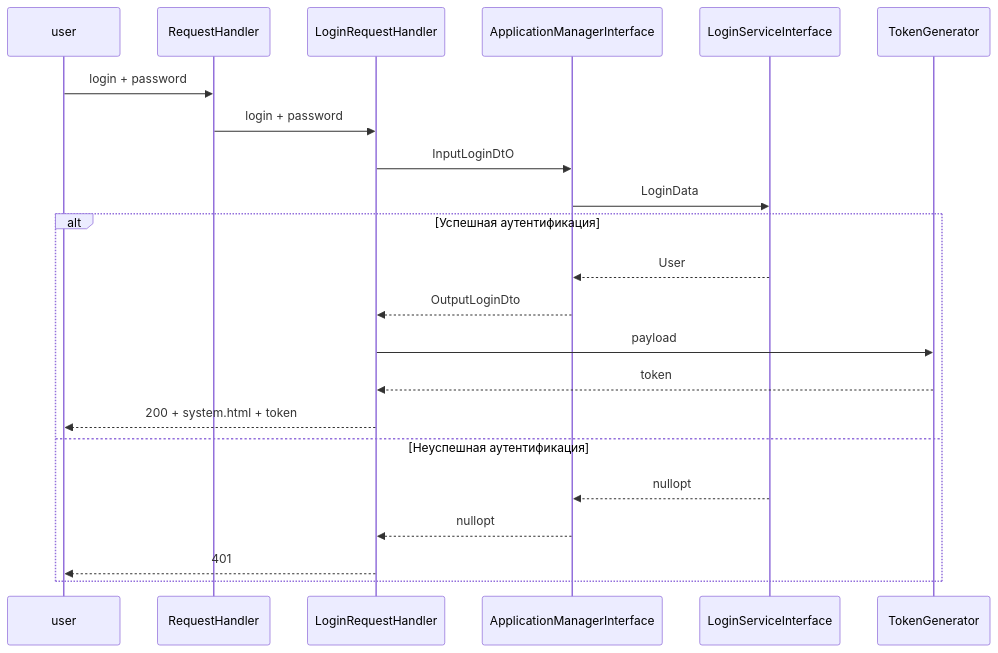
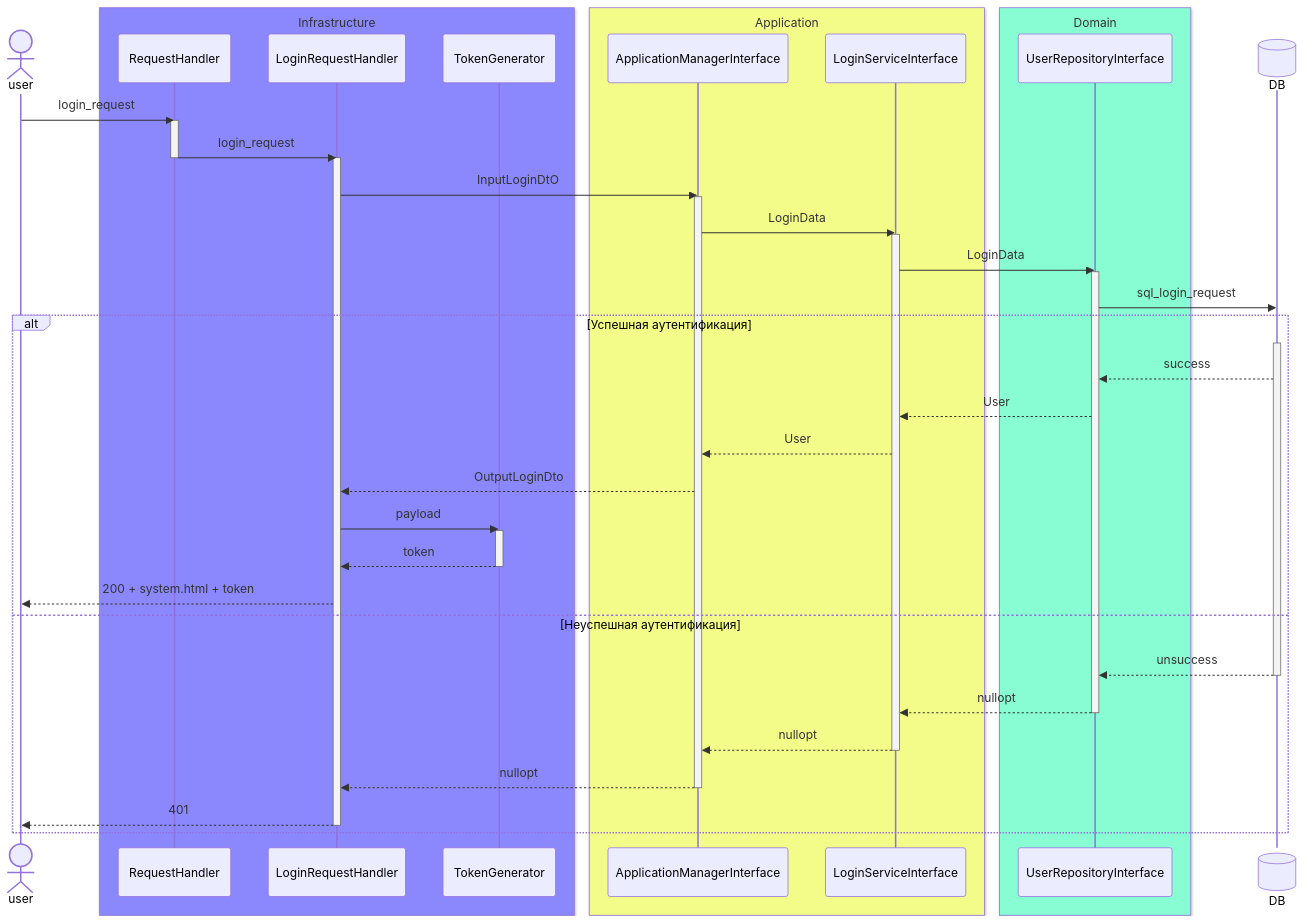
Before and after one commit to DRUsmanov/the_system_project: diagram 12 of 12 in README.md, drawn with Mermaid.

````diff
--- a/README.md
+++ b/README.md
@@ -412,19 +412,59 @@
 ```mermaid
 sequenceDiagram
-user ->> RequestHandler: login + password
-RequestHandler ->> LoginRequestHandler: login + password
+
+actor user
+
+box rgb(138, 136, 252) Infrastructure
+participant RequestHandler
+participant LoginRequestHandler
+participant TokenGenerator
+end
+
+box rgb(243, 252, 136) Application
+participant ApplicationManagerInterface
+participant LoginServiceInterface
+end
+
+box rgb(136, 252, 210) Domain
+participant UserRepositoryInterface
+end
+
+actor DB@{"type" : "database"}
+
+user ->> RequestHandler: login_request
+activate RequestHandler
+RequestHandler ->> LoginRequestHandler: login_request
+deactivate RequestHandler
+activate LoginRequestHandler
 LoginRequestHandler ->> ApplicationManagerInterface: InputLoginDtO
+activate ApplicationManagerInterface
 ApplicationManagerInterface ->> LoginServiceInterface: LoginData
+activate LoginServiceInterface
+LoginServiceInterface ->> UserRepositoryInterface: LoginData
+activate UserRepositoryInterface
+UserRepositoryInterface ->> DB: sql_login_request
 
 alt Успешная аутентификация
+activate DB
+DB -->> UserRepositoryInterface: success
+UserRepositoryInterface -->> LoginServiceInterface: User
 LoginServiceInterface -->> ApplicationManagerInterface: User
 ApplicationManagerInterface -->> LoginRequestHandler: OutputLoginDto
 LoginRequestHandler ->> TokenGenerator: payload
+activate TokenGenerator
 TokenGenerator -->> LoginRequestHandler: token
+deactivate TokenGenerator
 LoginRequestHandler -->> user: 200 + system.html + token
 else Неуспешная аутентификация
+DB -->> UserRepositoryInterface: unsuccess
+deactivate DB
+UserRepositoryInterface -->> LoginServiceInterface: nullopt
+deactivate UserRepositoryInterface
 LoginServiceInterface -->> ApplicationManagerInterface: nullopt
+deactivate LoginServiceInterface
 ApplicationManagerInterface -->> LoginRequestHandler: nullopt
+deactivate ApplicationManagerInterface
 LoginRequestHandler -->> user: 401
+deactivate LoginRequestHandler
 end
 ```
````
